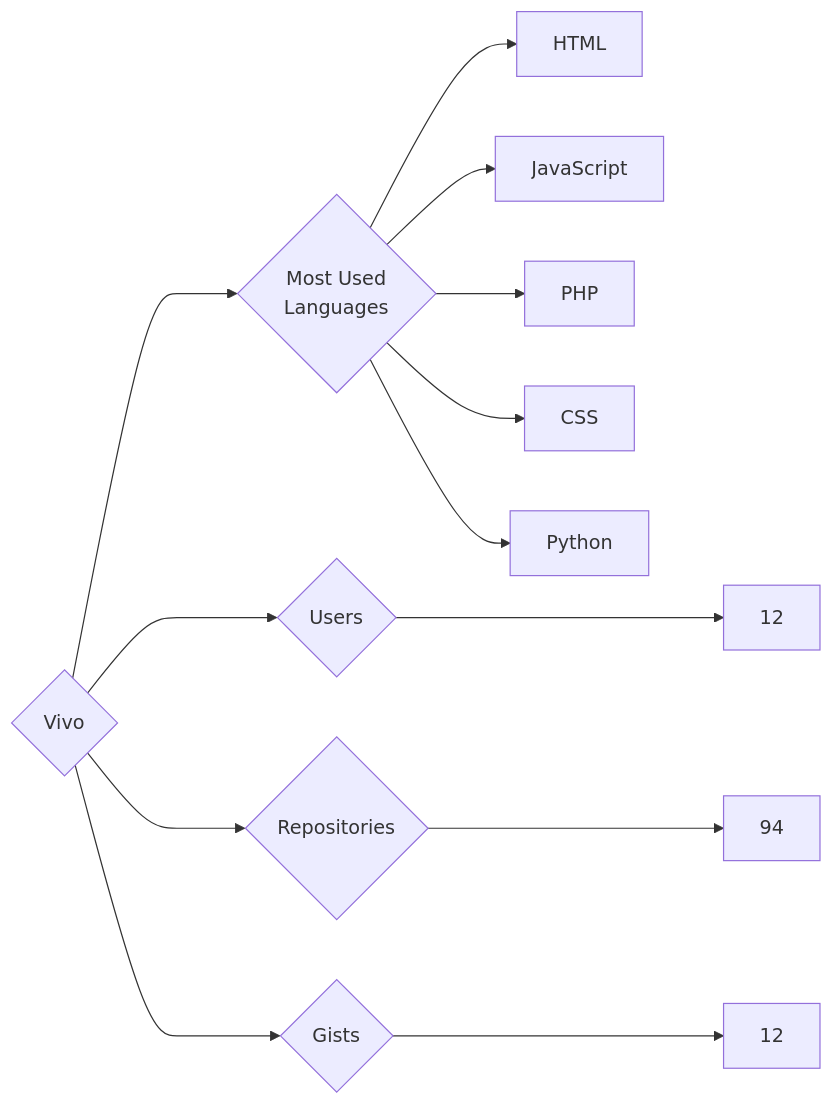
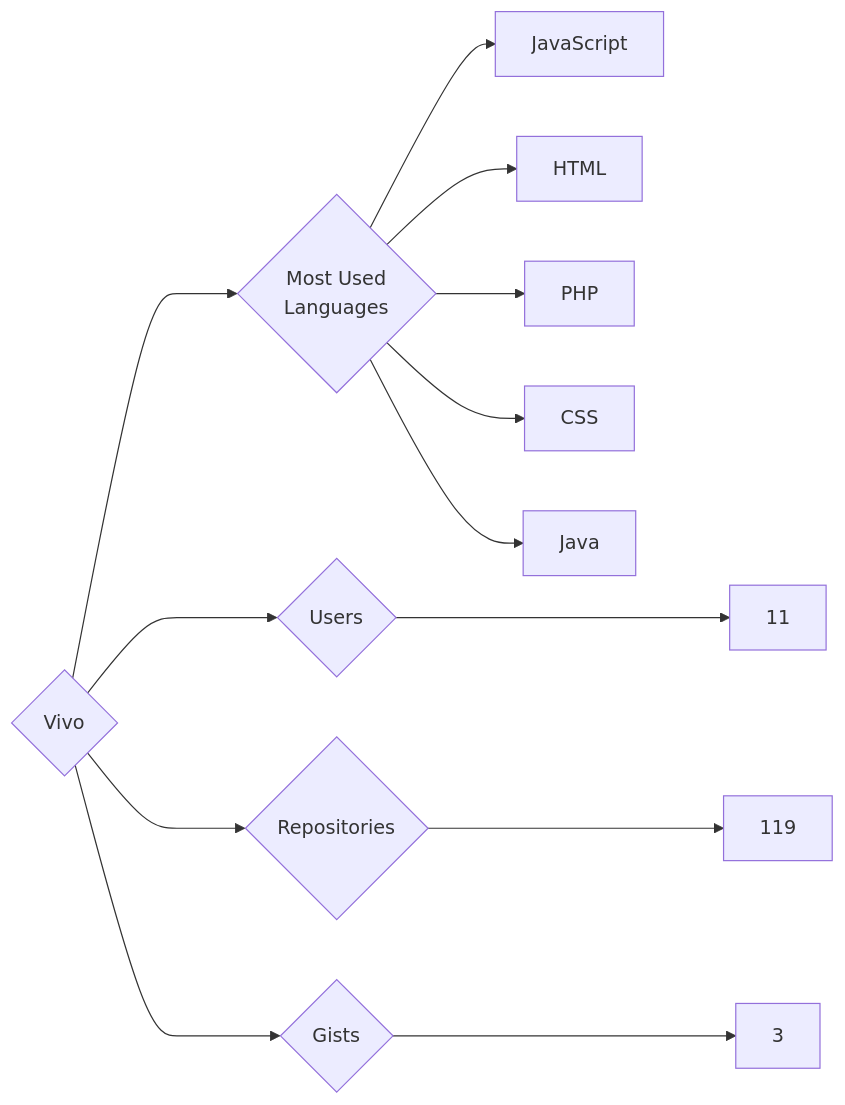
The diagram in targets/Vivo/README.md (trickest/insiders), drawn with Mermaid before and after one commit. The commit also changed 877 other files, not shown here.

````diff
--- a/targets/Vivo/README.md
+++ b/targets/Vivo/README.md
@@ -3,13 +3,13 @@
 ```mermaid
 graph LR
 COMPANY_NAME{Vivo}
-COMPANY_NAME ---> U{Users} ---> UN[12]
-COMPANY_NAME ---> R{Repositories} ---> RN[94]
-COMPANY_NAME ---> G{Gists} ---> GN[12]
+COMPANY_NAME ---> U{Users} ---> UN[11]
+COMPANY_NAME ---> R{Repositories} ---> RN[119]
+COMPANY_NAME ---> G{Gists} ---> GN[3]
 COMPANY_NAME ---> ML{Most Used<br>Languages}
+ML --> JavaScript[JavaScript]
 ML --> HTML[HTML]
-ML --> JavaScript[JavaScript]
 ML --> PHP[PHP]
 ML --> CSS[CSS]
-ML --> Python[Python]
+ML --> Java[Java]
 ```
````
